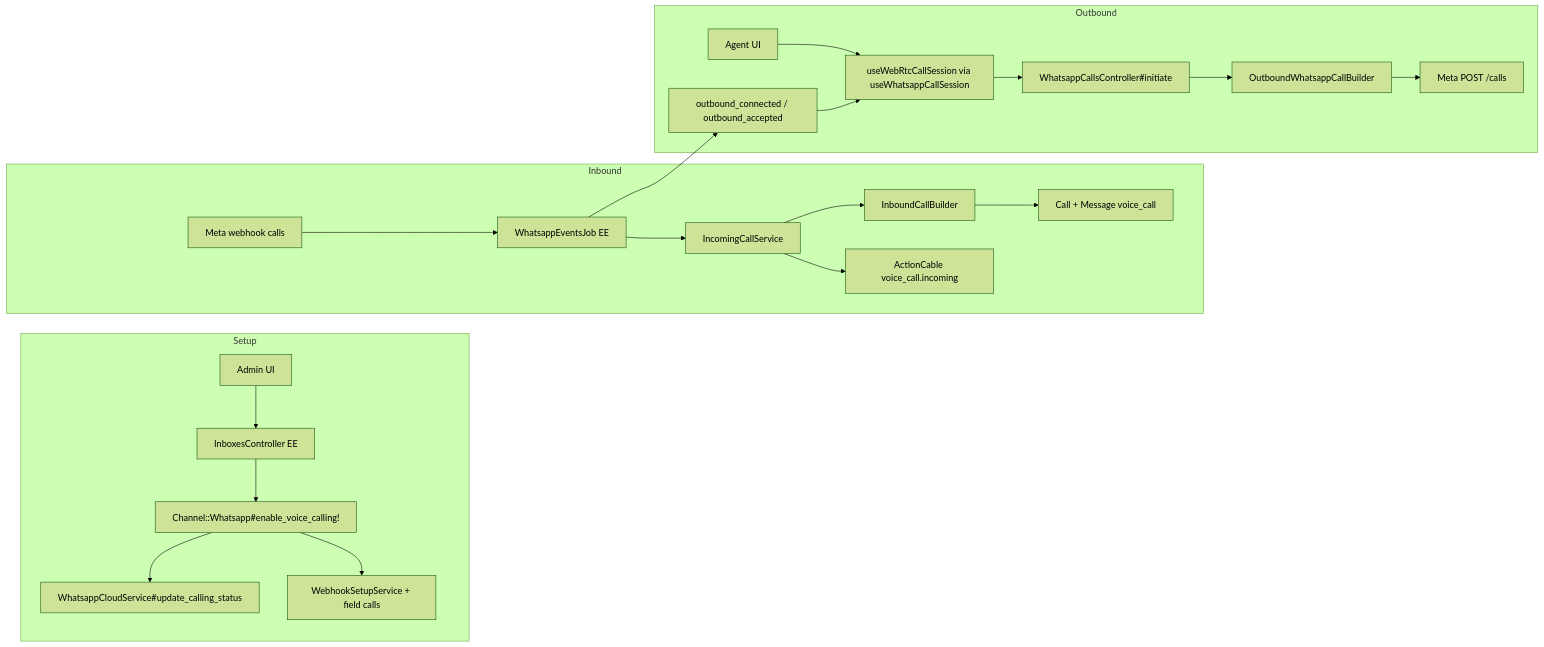
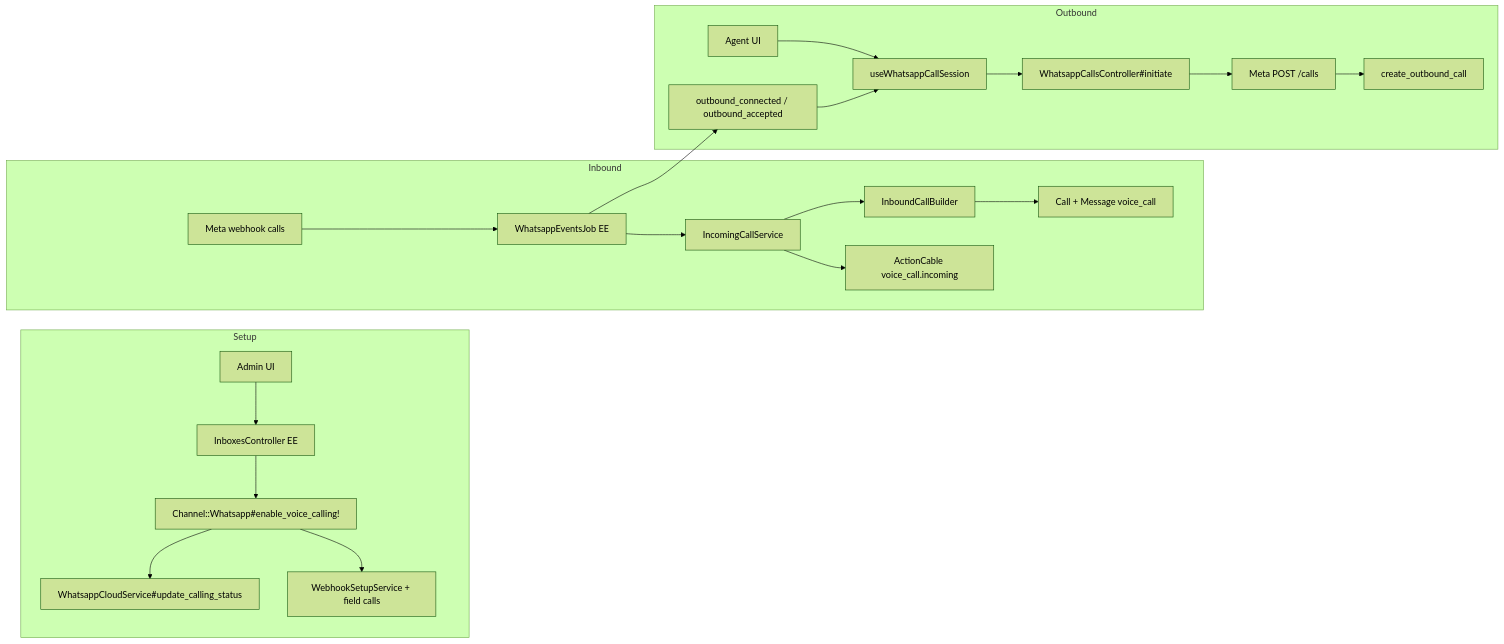
The second of 2 diagrams in doc/feature/whatsapp-voice/architecture-and-flow.md (cesar-carlos/chatwoot), drawn with Mermaid (forest theme) before and after one commit. The commit also changed other lines of this file and 12 other files, not shown here.

````diff
--- a/doc/feature/whatsapp-voice/architecture-and-flow.md
+++ b/doc/feature/whatsapp-voice/architecture-and-flow.md
@@ -105,26 +105,26 @@
 ```mermaid
 flowchart LR
     subgraph Setup
         A[Admin UI] --> B[InboxesController EE]
         B --> C[Channel::Whatsapp#enable_voice_calling!]
         C --> D[WhatsappCloudService#update_calling_status]
         C --> E[WebhookSetupService + field calls]
     end
 
     subgraph Inbound
         F[Meta webhook calls] --> G[WhatsappEventsJob EE]
         G --> H[IncomingCallService]
         H --> I[InboundCallBuilder]
         I --> J[Call + Message voice_call]
         H --> K[ActionCable voice_call.incoming]
     end
 
     subgraph Outbound
-        L[Agent UI] --> M[useWebRtcCallSession via useWhatsappCallSession]
+        L[Agent UI] --> M[useWhatsappCallSession]
         M --> N[WhatsappCallsController#initiate]
-        N --> O[OutboundWhatsappCallBuilder]
-        O --> P[Meta POST /calls]
+        N --> P[Meta POST /calls]
+        P --> O[create_outbound_call]
         G --> Q[outbound_connected / outbound_accepted]
         Q --> M
     end
 ```
````
